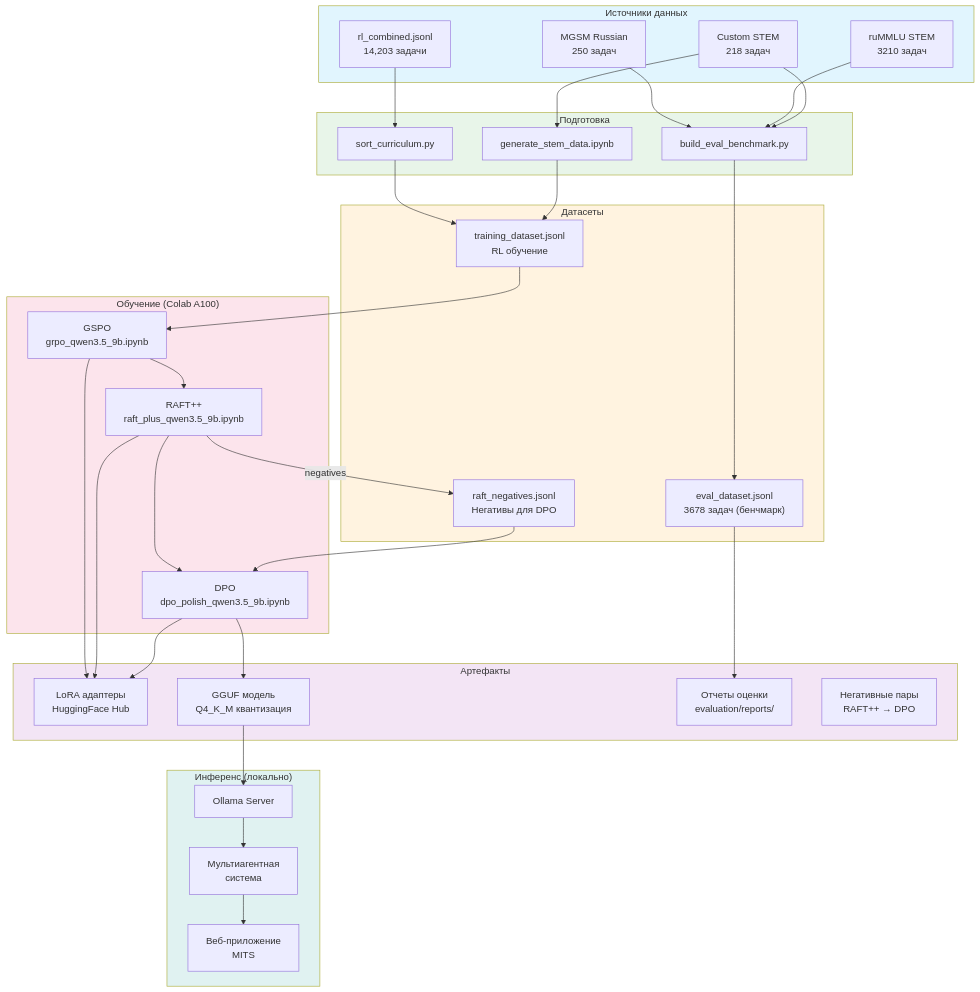
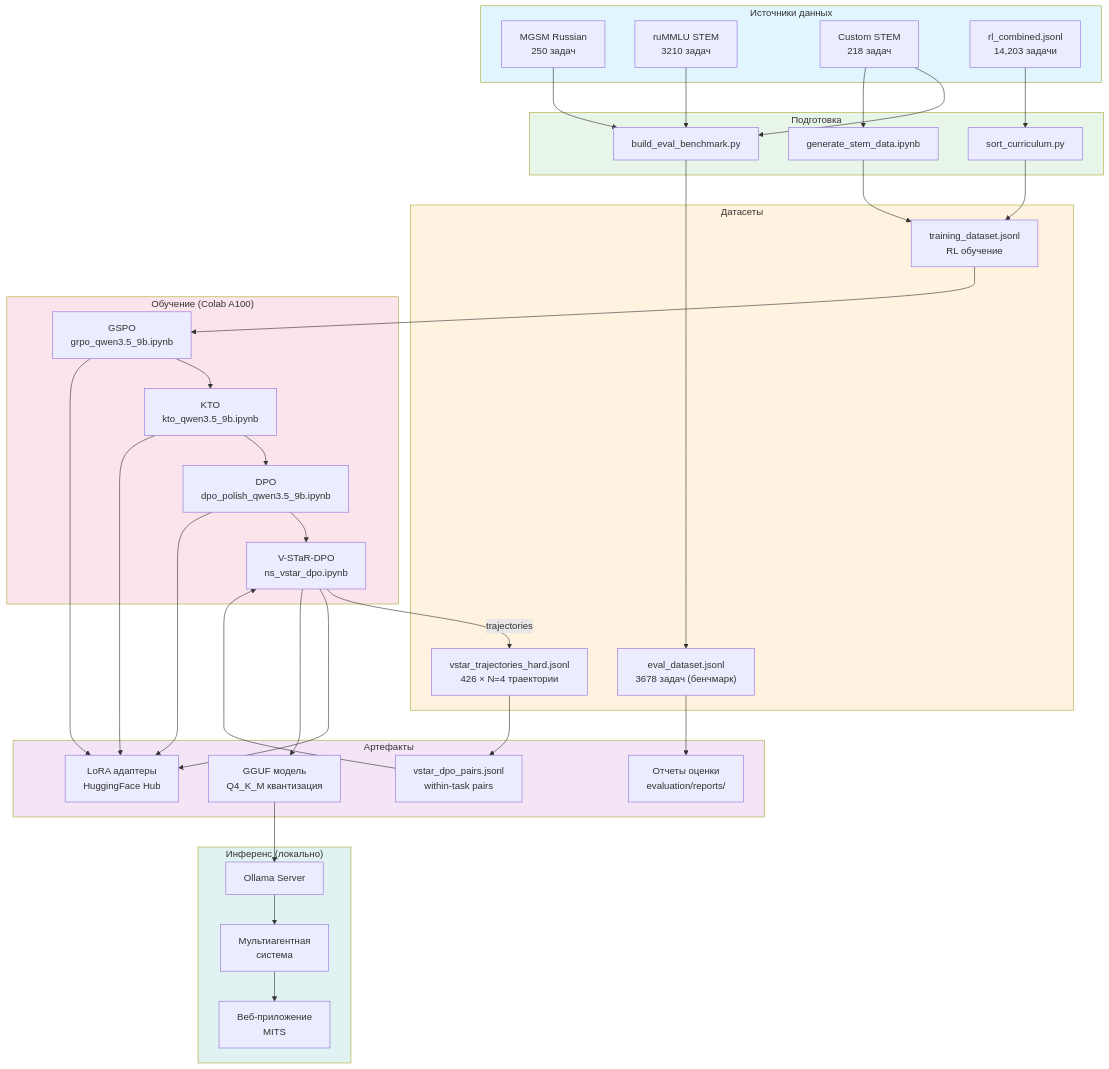
One commit to Siesher/MIST changed the fourth of 7 diagrams in docs/diploma/DIPLOMA_DIAGRAMS.md. Above: the diagram before and after it, drawn with Mermaid. The commit also changed other lines of this file, not shown here.

First line of the commit message:
docs(019): DIPLOMA_DIAGRAMS sync — 4-stage pipeline

````diff
--- a/docs/diploma/DIPLOMA_DIAGRAMS.md
+++ b/docs/diploma/DIPLOMA_DIAGRAMS.md
@@ -248,75 +257,79 @@
 ```mermaid
 flowchart TB
     subgraph SOURCES["Источники данных"]
         MGSM["MGSM Russian<br/>250 задач"]
         ruMMLU["ruMMLU STEM<br/>3210 задач"]
         Custom["Custom STEM<br/>218 задач"]
         RLData["rl_combined.jsonl<br/>14,203 задачи"]
     end
 
     subgraph PREP["Подготовка"]
         BuildBench["build_eval_benchmark.py"]
         GenData["generate_stem_data.ipynb"]
         SortCurr["sort_curriculum.py"]
     end
 
     subgraph DATASETS["Датасеты"]
         EvalDS["eval_dataset.jsonl<br/>3678 задач (бенчмарк)"]
         TrainDS["training_dataset.jsonl<br/>RL обучение"]
-        NegDS["raft_negatives.jsonl<br/>Негативы для DPO"]
+        VstarDS["vstar_trajectories_hard.jsonl<br/>426 × N=4 траектории"]
     end
 
     subgraph TRAINING_FLOW["Обучение (Colab A100)"]
         Stage1["GSPO<br/>grpo_qwen3.5_9b.ipynb"]
-        Stage2["RAFT++<br/>raft_plus_qwen3.5_9b.ipynb"]
+        Stage2["KTO<br/>kto_qwen3.5_9b.ipynb"]
         Stage3["DPO<br/>dpo_polish_qwen3.5_9b.ipynb"]
+        Stage4["V-STaR-DPO<br/>ns_vstar_dpo.ipynb"]
     end
 
     subgraph ARTIFACTS["Артефакты"]
         Adapters["LoRA адаптеры<br/>HuggingFace Hub"]
         GGUF["GGUF модель<br/>Q4_K_M квантизация"]
         Reports["Отчеты оценки<br/>evaluation/reports/"]
-        Negatives["Негативные пары<br/>RAFT++ → DPO"]
+        VstarPairs["vstar_dpo_pairs.jsonl<br/>within-task pairs"]
     end
 
     subgraph INFERENCE["Инференс (локально)"]
         OllamaServ["Ollama Server"]
         Agents["Мультиагентная<br/>система"]
         UserApp["Веб-приложение<br/>MITS"]
     end
 
     MGSM --> BuildBench
     ruMMLU --> BuildBench
     Custom --> BuildBench
     BuildBench --> EvalDS
 
     RLData --> SortCurr
     SortCurr --> TrainDS
 
     Custom --> GenData
     GenData --> TrainDS
 
     TrainDS --> Stage1
     Stage1 --> Stage2
     Stage2 --> Stage3
-    Stage2 -->|negatives| NegDS
-    NegDS --> Stage3
+    Stage3 --> Stage4
+    Stage4 -->|trajectories| VstarDS
+    VstarDS --> VstarPairs
+    VstarPairs --> Stage4
 
     Stage1 --> Adapters
     Stage2 --> Adapters
     Stage3 --> Adapters
-    Stage3 --> GGUF
+    Stage4 --> Adapters
+    Stage4 --> GGUF
 
     EvalDS --> Reports
 
     GGUF --> OllamaServ
     OllamaServ --> Agents
     Agents --> UserApp
 
     style SOURCES fill:#e1f5fe
     style PREP fill:#e8f5e9
     style DATASETS fill:#fff3e0
     style TRAINING_FLOW fill:#fce4ec
     style ARTIFACTS fill:#f3e5f5
     style INFERENCE fill:#e0f2f1
 ```
````
